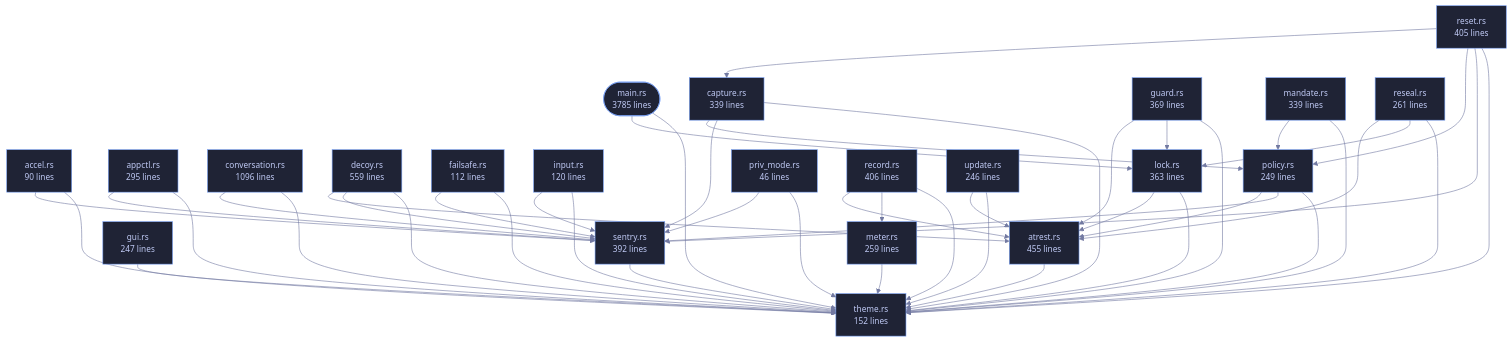
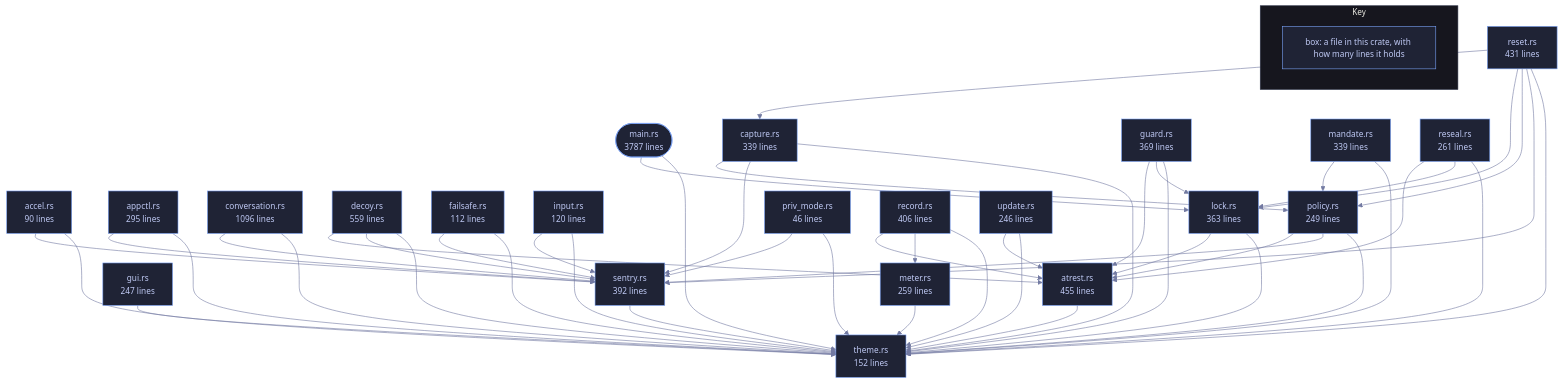
One commit to tilas01/veilvoice changed the diagram in crates/veilvoice-cli/README.md. Above: the diagram before and after it, drawn with Mermaid. The commit also changed other lines of this file and 1510 other files, not shown here.

First line of the commit message:
Regenerate the documentation, wiki, site, graphs and measured numbers

````diff
--- a/crates/veilvoice-cli/README.md
+++ b/crates/veilvoice-cli/README.md
@@ -110,7 +110,7 @@
 ```mermaid
 %%{init: {"theme":"base","themeVariables":{"background":"#1a1b26","primaryColor":"#1f2335","primaryTextColor":"#c0caf5","primaryBorderColor":"#7aa2f7","secondaryColor":"#16161e","tertiaryColor":"#16161e","lineColor":"#737aa2","textColor":"#c0caf5","mainBkg":"#1f2335","nodeBorder":"#7aa2f7","clusterBkg":"#16161e","clusterBorder":"#2f3549","fontFamily":"ui-monospace, SFMono-Regular, Consolas, monospace","fontSize":"14px"}}}%%
 flowchart TD
-    n_main(["main.rs<br/>3785 lines"])
+    n_main(["main.rs<br/>3787 lines"])
     n_accel["accel.rs<br/>90 lines"]
     n_appctl["appctl.rs<br/>295 lines"]
     n_atrest["atrest.rs<br/>455 lines"]
@@ -128,7 +128,7 @@
     n_priv_mode["priv_mode.rs<br/>46 lines"]
     n_record["record.rs<br/>406 lines"]
     n_reseal["reseal.rs<br/>261 lines"]
-    n_reset["reset.rs<br/>405 lines"]
+    n_reset["reset.rs<br/>431 lines"]
     n_sentry["sentry.rs<br/>392 lines"]
     n_theme["theme.rs<br/>152 lines"]
     n_update["update.rs<br/>246 lines"]
@@ -172,6 +172,7 @@
     n_reseal --> n_lock
     n_reseal --> n_theme
     n_reset --> n_capture
+    n_reset --> n_lock
     n_reset --> n_policy
     n_reset --> n_sentry
     n_reset --> n_theme
@@ -200,4 +201,8 @@
     click n_sentry href "https://github.com/tilas01/veilvoice/blob/main/crates/veilvoice-cli/src/sentry.rs" "open the source"
     click n_theme href "https://github.com/tilas01/veilvoice/blob/main/crates/veilvoice-cli/src/theme.rs" "open the source"
     click n_update href "https://github.com/tilas01/veilvoice/blob/main/crates/veilvoice-cli/src/update.rs" "open the source"
+    subgraph chart_key ["Key"]
+        direction LR
+        key_box["box: a file in this crate, with how many lines it holds"]
+    end
 ```
````
